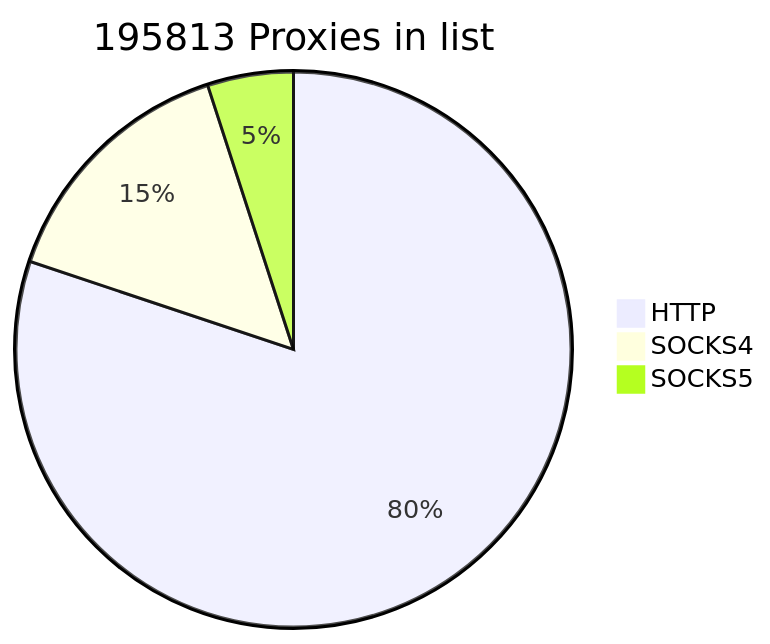
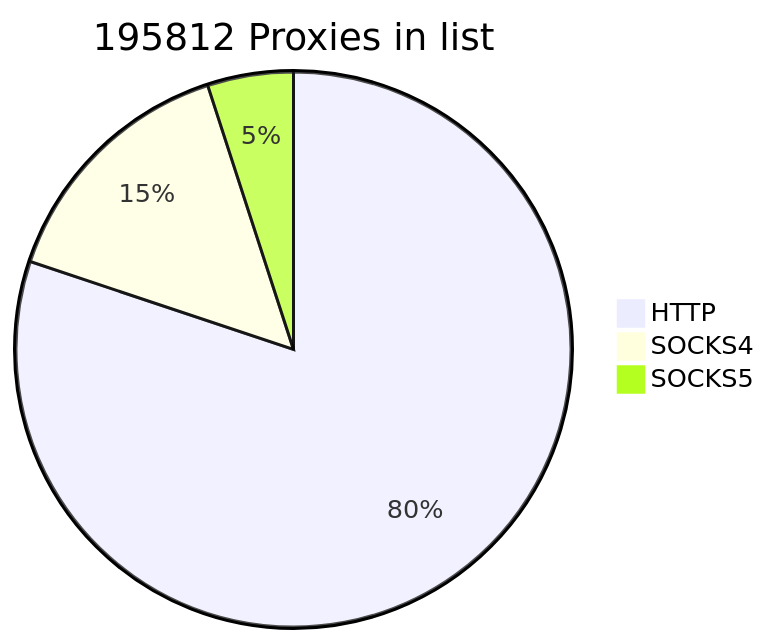
The first of 2 diagrams in README.md (cutipu/proxylist), drawn with Mermaid before and after one commit. The commit also changed other lines of this file, not shown here.

````diff
--- a/README.md
+++ b/README.md
@@ -2,7 +2,7 @@
 ```mermaid
-pie title 195813 Proxies in list
+pie title 195812 Proxies in list
     "HTTP" : 156912
-    "SOCKS4" : 29113
+    "SOCKS4" : 29112
     "SOCKS5" : 9788
             
 ```
````
